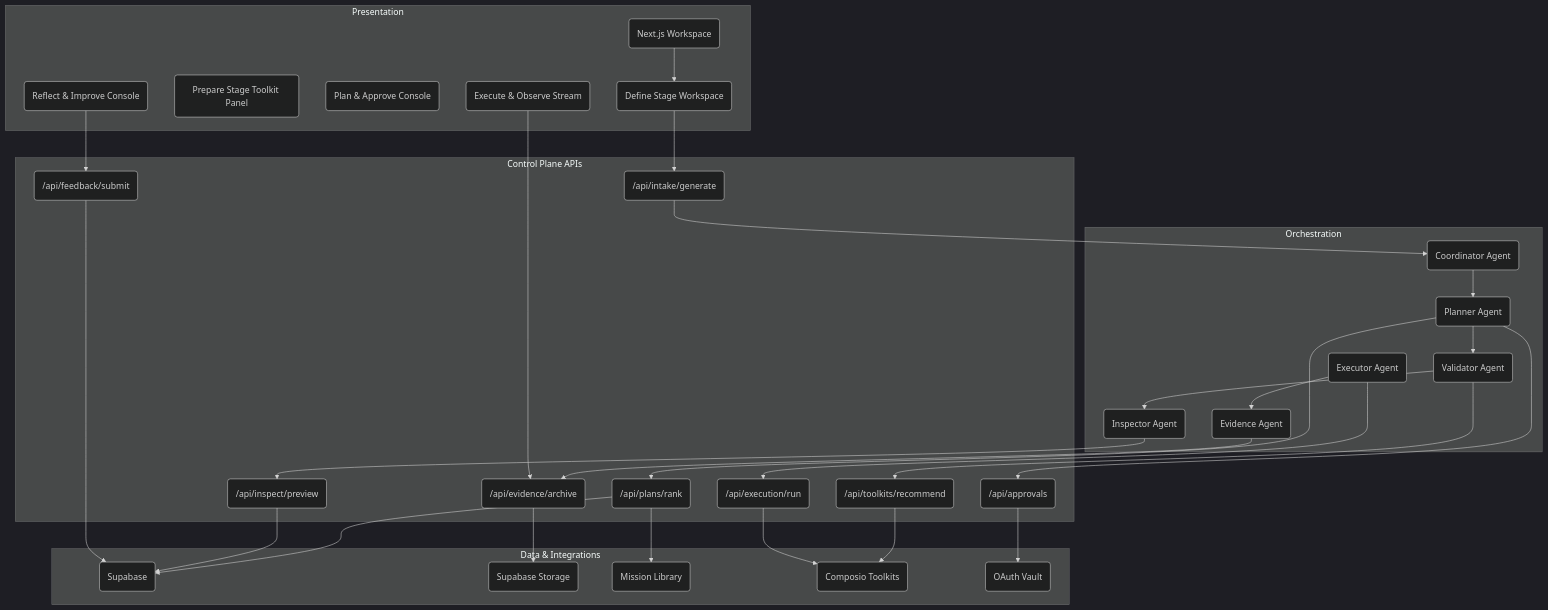
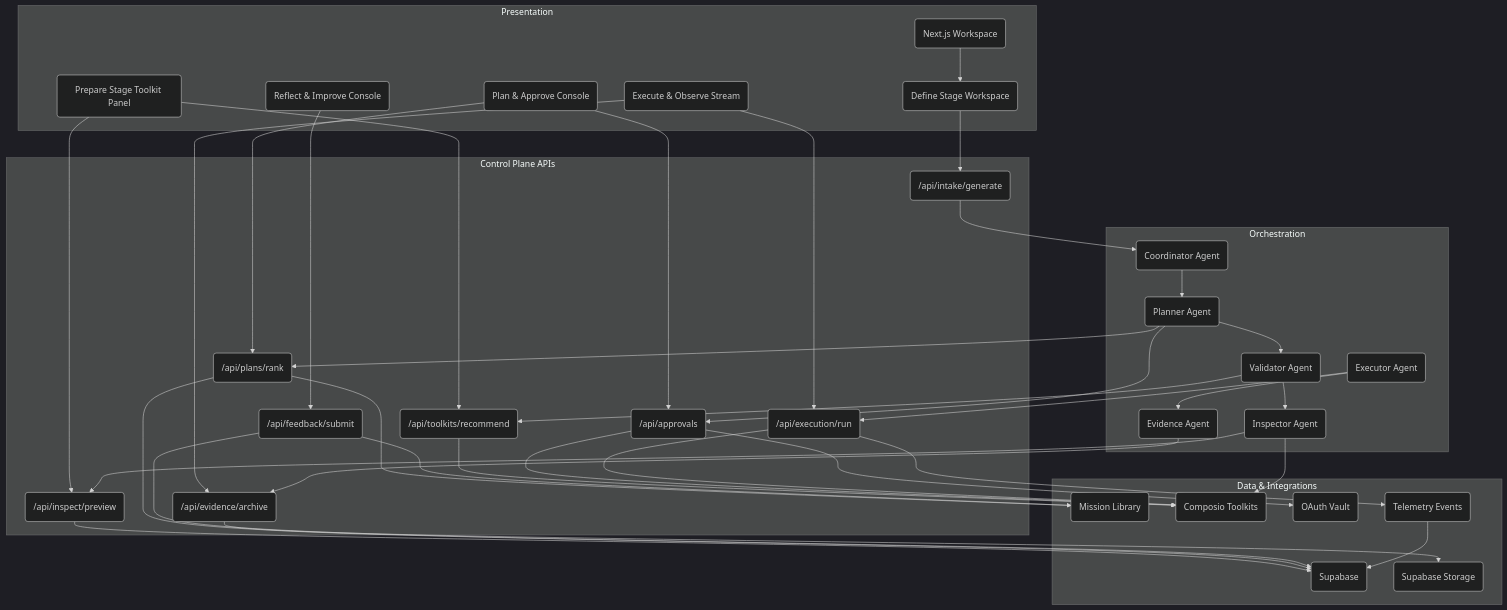
The diagram in docs/02_system_overview.md (maxbaluev/ai_employee_0), drawn with Mermaid (dark theme) before and after one commit. The commit also changed 3 other files, not shown here.

````diff
--- a/docs/02_system_overview.md
+++ b/docs/02_system_overview.md
@@ -36,63 +36,78 @@
 ```mermaid
 graph TB
     subgraph Presentation
         Workspace(Next.js Workspace)
         DefineStage(Define Stage Workspace)
         PrepareStage(Prepare Stage Toolkit Panel)
         PlanStage(Plan & Approve Console)
         ExecuteStage(Execute & Observe Stream)
         ReflectStage(Reflect & Improve Console)
     end
 
     subgraph Control Plane APIs
         IntakeAPI(/api/intake/generate)
         ToolkitsAPI(/api/toolkits/recommend)
         InspectAPI(/api/inspect/preview)
         PlannerAPI(/api/plans/rank)
         ApprovalAPI(/api/approvals)
         ExecutionAPI(/api/execution/run)
         EvidenceAPI(/api/evidence/archive)
         FeedbackAPI(/api/feedback/submit)
     end
 
     subgraph Orchestration
         Coordinator(Coordinator Agent)
         Planner(Planner Agent)
         Validator(Validator Agent)
         Executor(Executor Agent)
         EvidenceAgent(Evidence Agent)
         Inspector(Inspector Agent)
     end
 
     subgraph Data & Integrations
         Supabase(Supabase)
         Storage(Supabase Storage)
         Library(Mission Library)
         Composio(Composio Toolkits)
         OAuth(OAuth Vault)
+        Telemetry(Telemetry Events)
     end
 
     Workspace --> DefineStage
     DefineStage --> IntakeAPI
     IntakeAPI --> Coordinator
     Coordinator --> Planner
+
+    PrepareStage --> ToolkitsAPI
+    PrepareStage --> InspectAPI
+    Validator --> Inspector
+    Inspector --> InspectAPI
+    Inspector --> Composio
+    InspectAPI --> Supabase
+
+    PlanStage --> PlannerAPI
+    PlanStage --> ApprovalAPI
     Planner --> PlannerAPI
     PlannerAPI --> Supabase
     PlannerAPI --> Library
     Planner --> Validator
     Validator --> ToolkitsAPI
     ToolkitsAPI --> Composio
-    Validator --> Inspector
-    Inspector --> InspectAPI
-    InspectAPI --> Supabase
     Planner --> ApprovalAPI
     ApprovalAPI --> OAuth
+    ApprovalAPI --> Composio
+
+    ExecuteStage --> ExecutionAPI
+    ExecuteStage --> EvidenceAPI
     Executor --> ExecutionAPI
     ExecutionAPI --> Composio
+    ExecutionAPI --> Telemetry
     Executor --> EvidenceAgent
     EvidenceAgent --> EvidenceAPI
     EvidenceAPI --> Storage
-    ExecuteStage --> EvidenceAPI
+
     ReflectStage --> FeedbackAPI
     FeedbackAPI --> Supabase
+    FeedbackAPI --> Library
+    Telemetry --> Supabase
 ```
````
